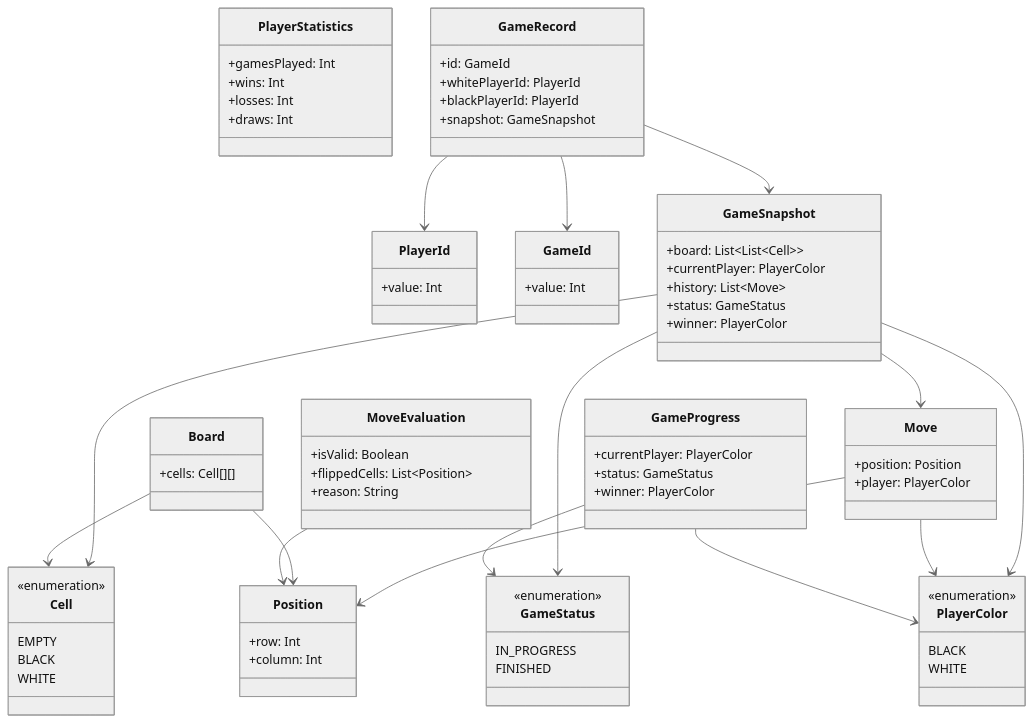
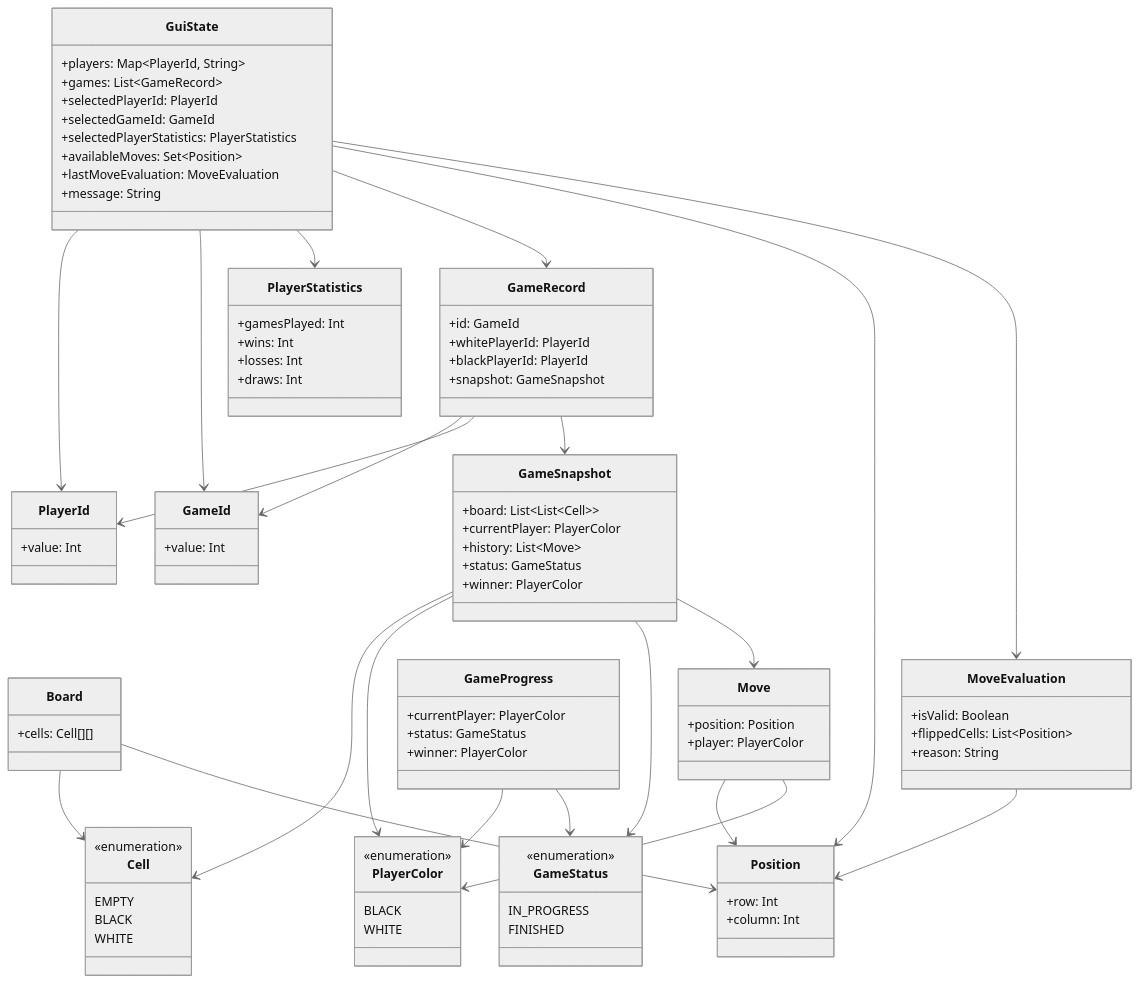
Before and after one commit to GidRadium/reversi-admin-panel: the diagram in docs/ARCHITECTURE_DATA.md, drawn with Mermaid (neutral theme). The commit also changed 4 other files, not shown here.

````diff
--- a/docs/ARCHITECTURE_DATA.md
+++ b/docs/ARCHITECTURE_DATA.md
@@ -21,6 +21,17 @@
     +whitePlayerId: PlayerId
     +blackPlayerId: PlayerId
     +snapshot: GameSnapshot
+}
+
+class GuiState {
+    +players: Map~PlayerId, String~
+    +games: List~GameRecord~
+    +selectedPlayerId: PlayerId
+    +selectedGameId: GameId
+    +selectedPlayerStatistics: PlayerStatistics
+    +availableMoves: Set~Position~
+    +lastMoveEvaluation: MoveEvaluation
+    +message: String
 }
 
 class GameSnapshot {
@@ -80,6 +91,13 @@
 GameRecord --> PlayerId
 GameRecord --> GameSnapshot
 
+GuiState --> PlayerId
+GuiState --> GameId
+GuiState --> PlayerStatistics
+GuiState --> GameRecord
+GuiState --> Position
+GuiState --> MoveEvaluation
+
 GameSnapshot --> Cell
 GameSnapshot --> PlayerColor
 GameSnapshot --> GameStatus
@@ -92,6 +110,7 @@
 Board --> Position
 
 MoveEvaluation --> Position
+
 GameProgress --> PlayerColor
 GameProgress --> GameStatus
 ```
````
